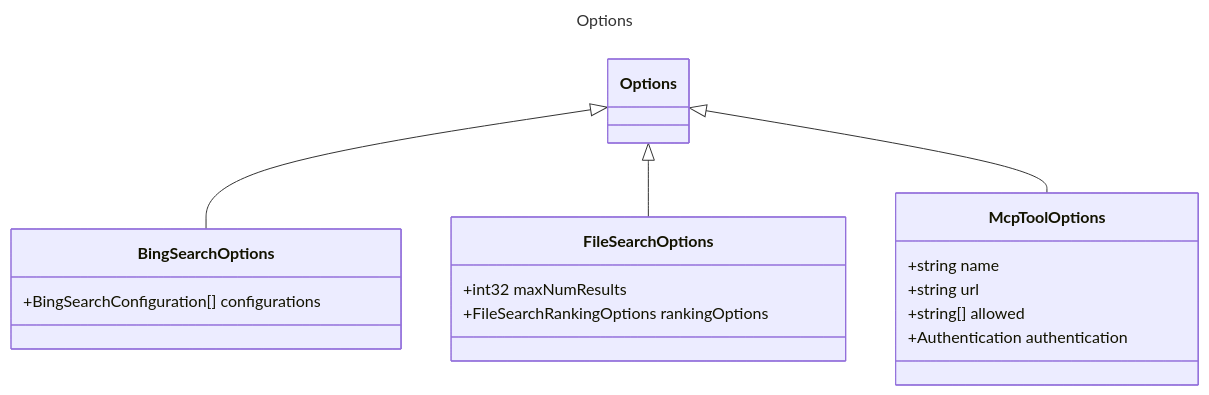
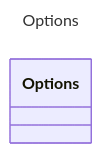
One commit to microsoft/prompty changed the diagram in specification/prompty/docs/Options.md. Above: the diagram before and after it, drawn with Mermaid. The commit also changed other lines of this file and 6 other files, not shown here.

````diff
--- a/specification/prompty/docs/Options.md
+++ b/specification/prompty/docs/Options.md
@@ -17,24 +17,8 @@
 ```mermaid
 ---
 title: Options
 ---
 classDiagram
     class Options {
     }
-    class BingSearchOptions {
-        +BingSearchConfiguration[] configurations
-    }
-    Options <|-- BingSearchOptions
-    class FileSearchOptions {
-        +int32 maxNumResults
-        +FileSearchRankingOptions rankingOptions
-    }
-    Options <|-- FileSearchOptions
-    class McpToolOptions {
-        +string name
-        +string url
-        +string[] allowed
-        +Authentication authentication
-    }
-    Options <|-- McpToolOptions
 ```
````
